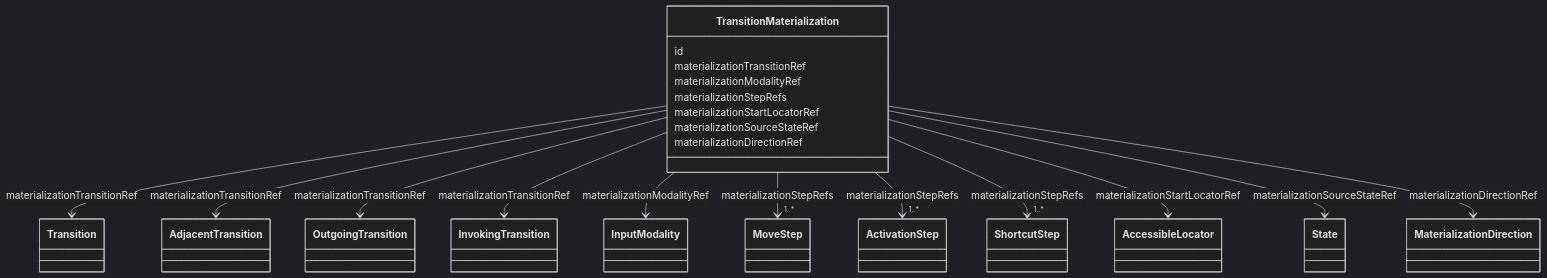
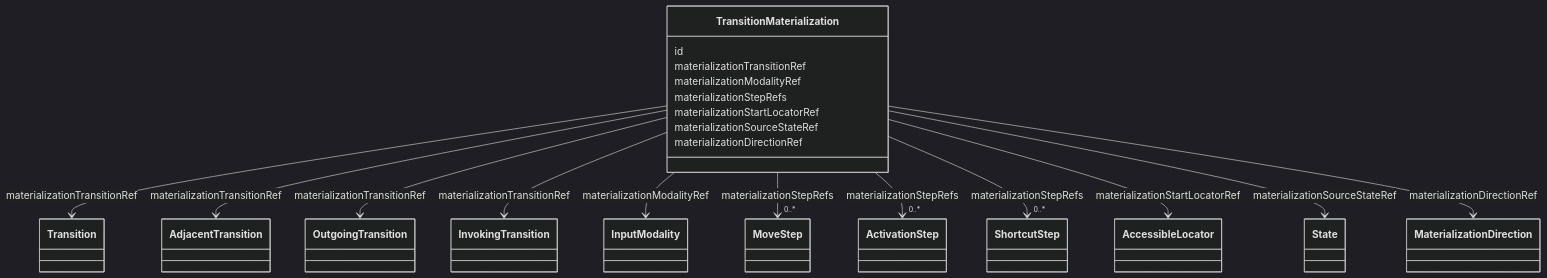
Before and after one commit to openuji/spec-ujg: the first of 5 diagrams in specs/ed/modules/operability/index.md, drawn with Mermaid (dark theme). The commit also changed other lines of this file and 7 other files, not shown here.

````diff
--- a/specs/ed/modules/operability/index.md
+++ b/specs/ed/modules/operability/index.md
@@ -90,34 +102,34 @@
 ```mermaid
 classDiagram
   class Transition
   class AdjacentTransition
   class OutgoingTransition
   class InvokingTransition
   class InputModality
   class AccessibleLocator
   class State
   class MaterializationDirection
   class MoveStep
   class ActivationStep
   class ShortcutStep
   class TransitionMaterialization {
     id
     materializationTransitionRef
     materializationModalityRef
     materializationStepRefs
     materializationStartLocatorRef
     materializationSourceStateRef
     materializationDirectionRef
   }
   TransitionMaterialization --> Transition : materializationTransitionRef
   TransitionMaterialization --> AdjacentTransition : materializationTransitionRef
   TransitionMaterialization --> OutgoingTransition : materializationTransitionRef
   TransitionMaterialization --> InvokingTransition : materializationTransitionRef
   TransitionMaterialization --> InputModality : materializationModalityRef
-  TransitionMaterialization --> "1..*" MoveStep : materializationStepRefs
-  TransitionMaterialization --> "1..*" ActivationStep : materializationStepRefs
-  TransitionMaterialization --> "1..*" ShortcutStep : materializationStepRefs
+  TransitionMaterialization --> "0..*" MoveStep : materializationStepRefs
+  TransitionMaterialization --> "0..*" ActivationStep : materializationStepRefs
+  TransitionMaterialization --> "0..*" ShortcutStep : materializationStepRefs
   TransitionMaterialization --> AccessibleLocator : materializationStartLocatorRef
   TransitionMaterialization --> State : materializationSourceStateRef
   TransitionMaterialization --> MaterializationDirection : materializationDirectionRef
 ```
````
